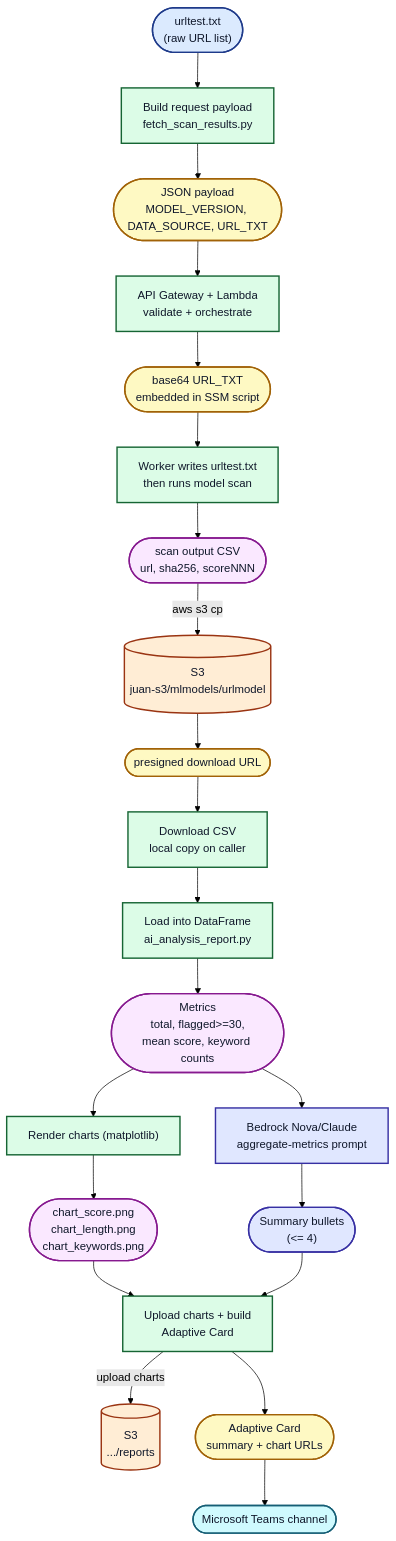
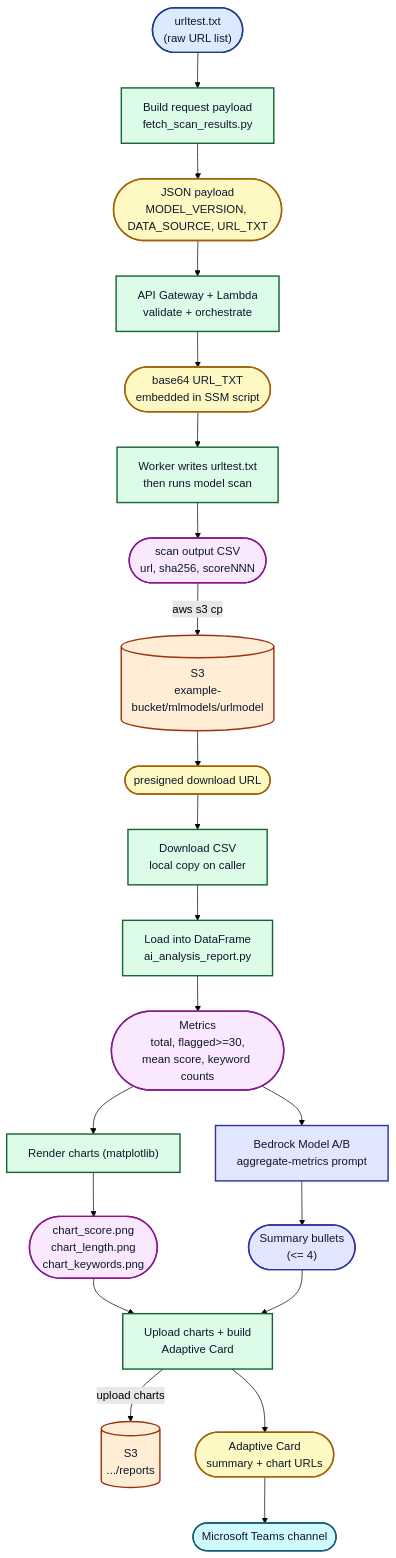
Before and after one commit to juanchencs/ai-urlmodel-scanning-orchestrator: the second of 2 diagrams in README.md, drawn with Mermaid (forest theme). The commit also changed other lines of this file and 6 other files, not shown here.

````diff
--- a/README.md
+++ b/README.md
@@ -89,45 +89,45 @@
 ```mermaid
 flowchart TB
     classDef input fill:#dbeafe,stroke:#1e3a8a,stroke-width:2px,color:#0f172a;
     classDef process fill:#dcfce7,stroke:#166534,stroke-width:2px,color:#0f172a;
     classDef payload fill:#fef9c3,stroke:#a16207,stroke-width:2px,color:#0f172a;
     classDef data fill:#fae8ff,stroke:#86198f,stroke-width:2px,color:#0f172a;
     classDef store fill:#ffedd5,stroke:#9a3412,stroke-width:2px,color:#0f172a;
     classDef ai fill:#e0e7ff,stroke:#3730a3,stroke-width:2px,color:#0f172a;
     classDef output fill:#cffafe,stroke:#155e75,stroke-width:2px,color:#0f172a;
 
     D1(["urltest.txt<br/>(raw URL list)"]):::input
     P1["Build request payload<br/>fetch_scan_results.py"]:::process
     D2(["JSON payload<br/>MODEL_VERSION, DATA_SOURCE, URL_TXT"]):::payload
 
     P2["API Gateway + Lambda<br/>validate + orchestrate"]:::process
     D3(["base64 URL_TXT<br/>embedded in SSM script"]):::payload
     P3["Worker writes urltest.txt<br/>then runs model scan"]:::process
     D4(["scan output CSV<br/>url, sha256, scoreNNN"]):::data
 
-    S1[("S3<br/>juan-s3/mlmodels/urlmodel")]:::store
+    S1[("S3<br/>example-bucket/mlmodels/urlmodel")]:::store
     D5(["presigned download URL"]):::payload
     P4["Download CSV<br/>local copy on caller"]:::process
 
     P5["Load into DataFrame<br/>ai_analysis_report.py"]:::process
     D6(["Metrics<br/>total, flagged>=30,<br/>mean score, keyword counts"]):::data
     P6["Render charts (matplotlib)"]:::process
     D7(["chart_score.png<br/>chart_length.png<br/>chart_keywords.png"]):::data
 
-    P7["Bedrock Nova/Claude<br/>aggregate-metrics prompt"]:::ai
+    P7["Bedrock Model A/B<br/>aggregate-metrics prompt"]:::ai
     D8(["Summary bullets<br/>(<= 4)"]):::ai
 
     P8["Upload charts + build<br/>Adaptive Card"]:::process
     S2[("S3<br/>.../reports")]:::store
     D9(["Adaptive Card<br/>summary + chart URLs"]):::payload
     OUT(["Microsoft Teams channel"]):::output
 
     D1 --> P1 --> D2 --> P2 --> D3 --> P3 --> D4
     D4 -->|aws s3 cp| S1
     S1 --> D5 --> P4 --> P5 --> D6 --> P6 --> D7
     D6 --> P7 --> D8
     D7 --> P8
     D8 --> P8
     P8 -->|upload charts| S2
     P8 --> D9 --> OUT
 ```
````
